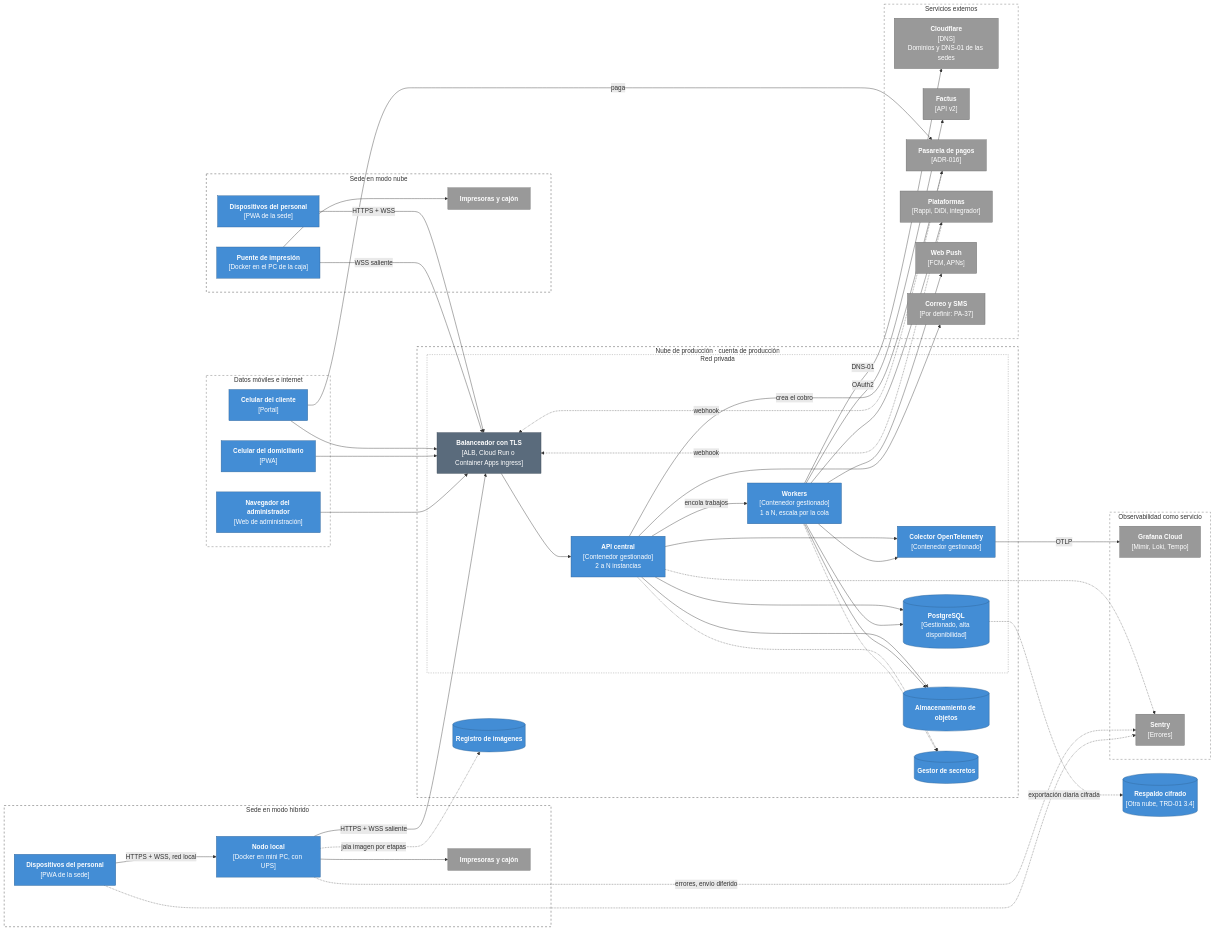
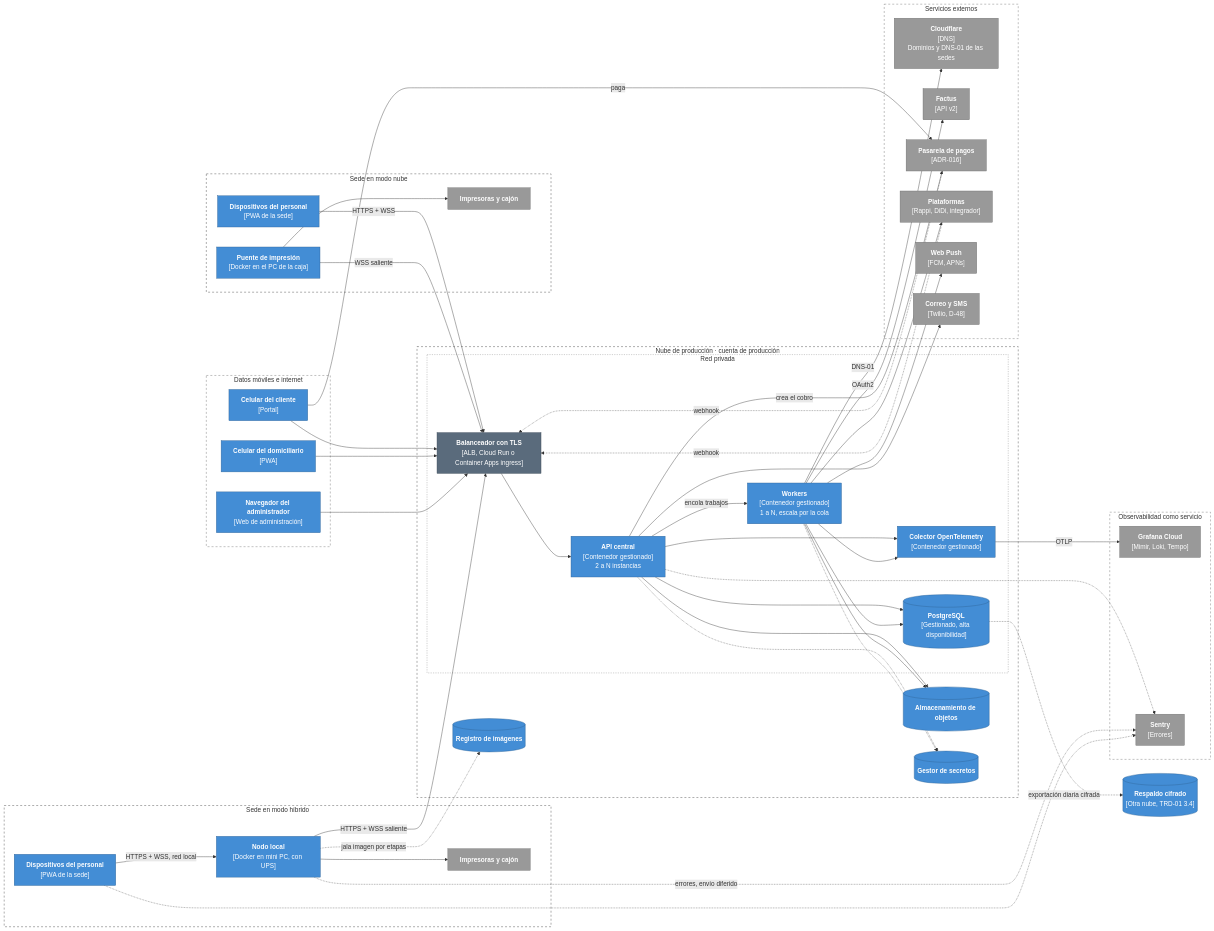
The first of 10 diagrams in docs/arquitectura/infraestructura-y-comunicacion.md (CesarJOtizM/blackHole), drawn with Mermaid before and after one commit. The commit also changed other lines of this file and 9 other files, not shown here.

```diff
--- a/docs/arquitectura/infraestructura-y-comunicacion.md
+++ b/docs/arquitectura/infraestructura-y-comunicacion.md
@@ -55,7 +55,7 @@
     PAS["<b>Pasarela de pagos</b><br/>[ADR-016]"]:::externo
     PLAT["<b>Plataformas</b><br/>[Rappi, DiDi, integrador]"]:::externo
     PUSH["<b>Web Push</b><br/>[FCM, APNs]"]:::externo
-    MSG["<b>Correo y SMS</b><br/>[Por definir: PA-37]"]:::externo
+    MSG["<b>Correo y SMS</b><br/>[Twilio, D-48]"]:::externo
   end
 
   subgraph Obs["Observabilidad como servicio"]
```
